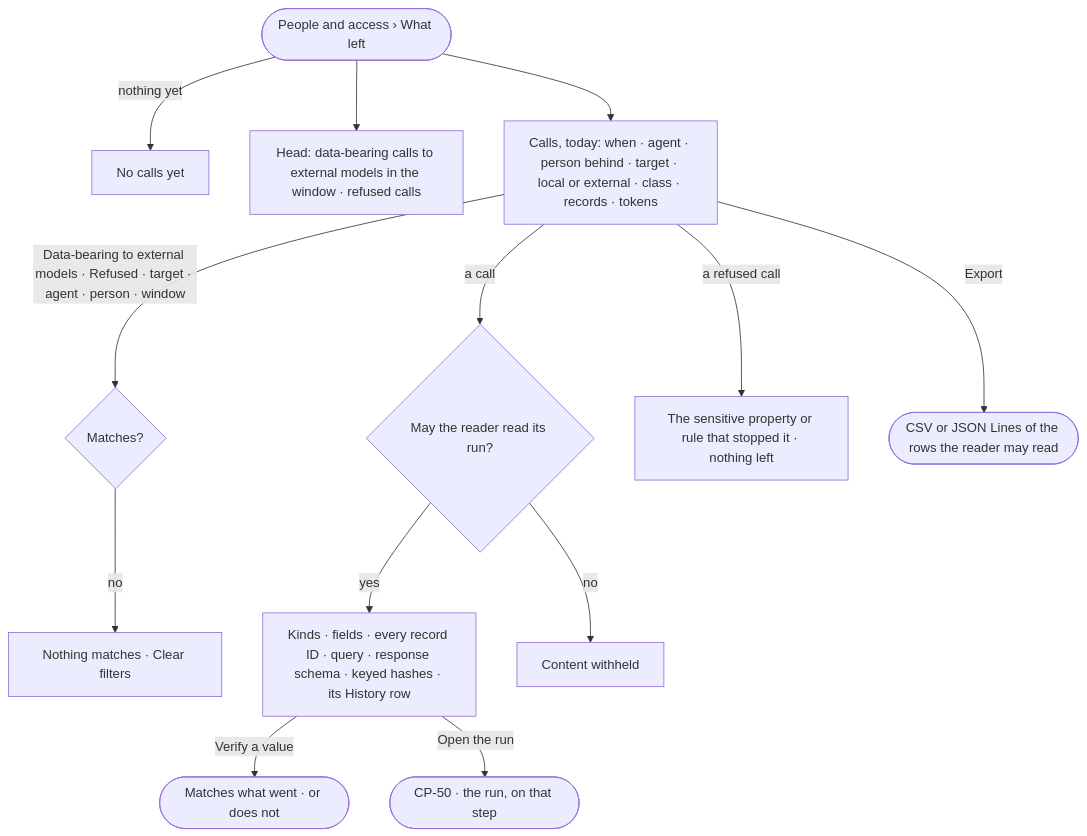
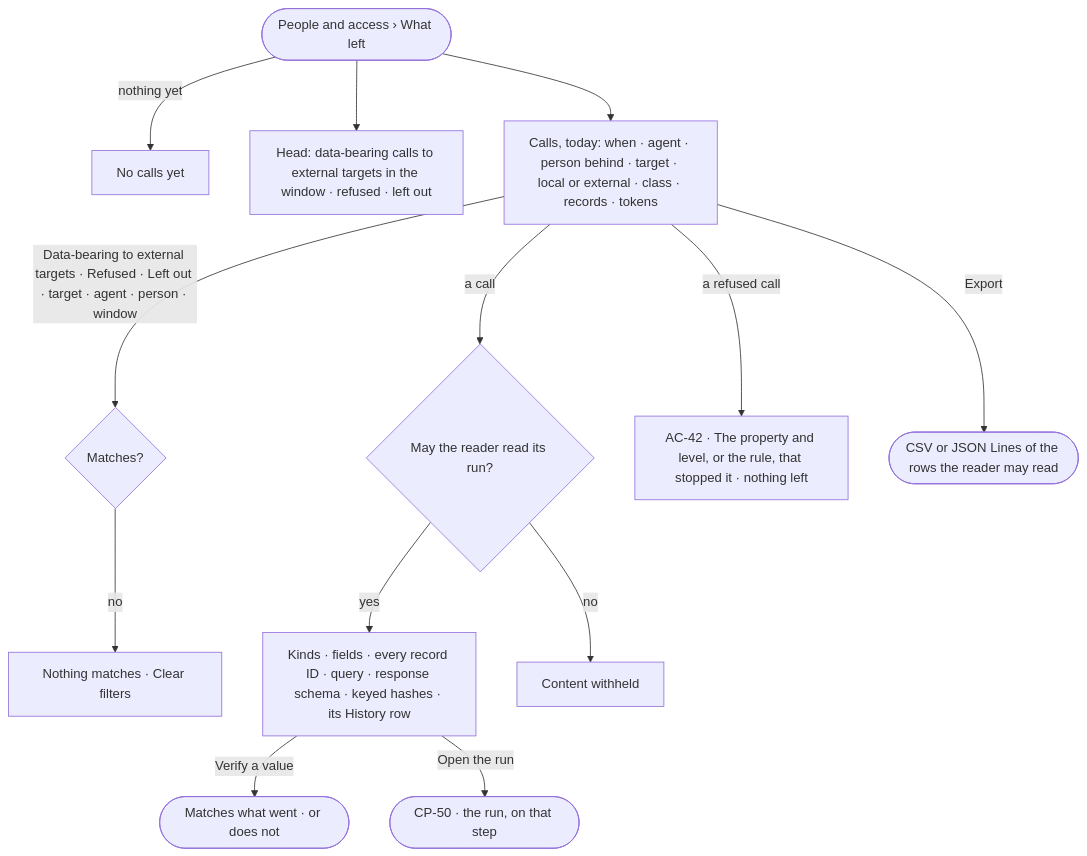
One commit to invana/invana changed the diagram in specs/os/access/features/AC-F09-what-left-the-platform/stories/AC-30-see-what-went-to-which-model-or-tool/story.md. Above: the diagram before and after it, drawn with Mermaid. The commit also changed other lines of this file and 300 other files, not shown here.

````diff
--- a/specs/os/access/features/AC-F09-what-left-the-platform/stories/AC-30-see-what-went-to-which-model-or-tool/story.md
+++ b/specs/os/access/features/AC-F09-what-left-the-platform/stories/AC-30-see-what-went-to-which-model-or-tool/story.md
@@ -27,15 +29,15 @@
 ```mermaid
 flowchart TD
   s([People and access › What left]) -->|nothing yet| e["No calls yet"]
-  s --> h["Head: data-bearing calls to external models in the window · refused calls"]
+  s --> h["Head: data-bearing calls to external targets in the window · refused · left out"]
   s --> r["Calls, today: when · agent · person behind · target · local or external · class · records · tokens"]
-  r -->|Data-bearing to external models · Refused · target · agent · person · window| f{"Matches?"}
+  r -->|Data-bearing to external targets · Refused · Left out · target · agent · person · window| f{"Matches?"}
   f -->|no| z["Nothing matches · Clear filters"]
   r -->|a call| d{"May the reader read its run?"}
   d -->|yes| c["Kinds · fields · every record ID · query · response schema · keyed hashes · its History row"]
   d -->|no| w["Content withheld"]
   c -->|Verify a value| v(["Matches what went · or does not"])
   c -->|Open the run| run(["CP-50 · the run, on that step"])
-  r -->|a refused call| rf["The sensitive property or rule that stopped it · nothing left"]
+  r -->|a refused call| rf["AC-42 · The property and level, or the rule, that stopped it · nothing left"]
   r -->|Export| x(["CSV or JSON Lines of the rows the reader may read"])
 ```
````
